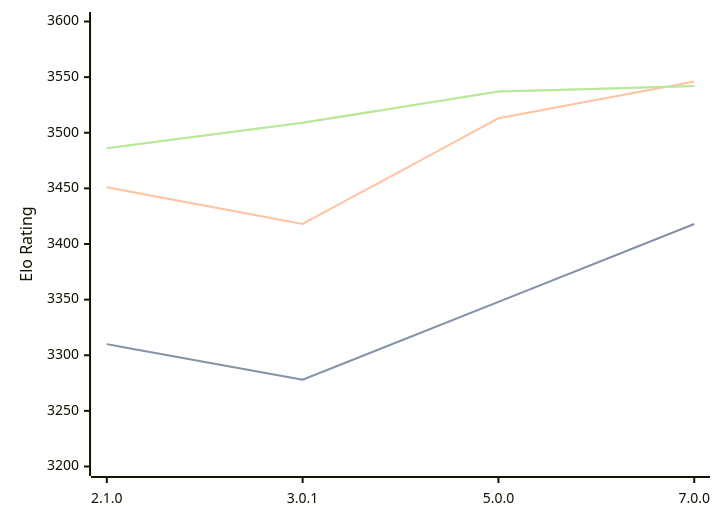
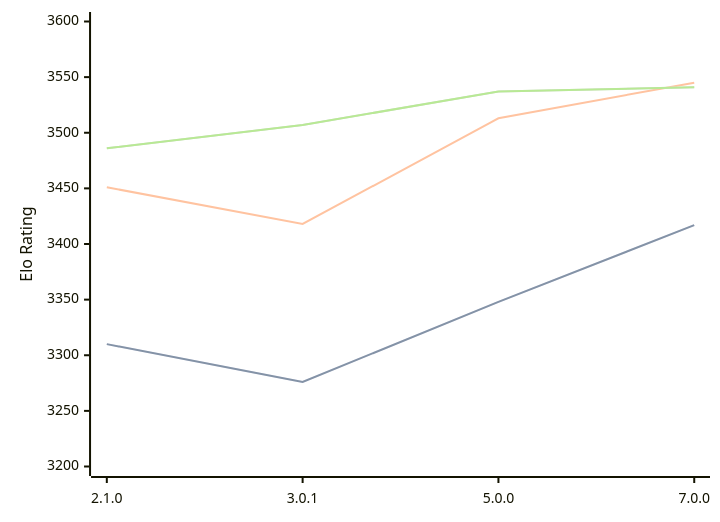
The diagram in engines/PlentyChess.md (computer-chess-index/cci), drawn with Mermaid before and after one commit. The commit also changed other lines of this file, not shown here.

Commit message:
Update CCI Ratings (ELO VLTC) - 2026-06-10

````diff
--- a/engines/PlentyChess.md
+++ b/engines/PlentyChess.md
@@ -45,11 +45,11 @@
 ```mermaid
 %%{init: {"theme":"base","themeVariables":{"seriesColors:['#a3a3a3','#222221','#faa371']}}}%%
 xychart-beta
   x-axis ["2.1.0", "3.0.1", "5.0.0", "7.0.0"]
   y-axis "Elo Rating" 3200 --> 3600
-  line "STC (8.0+0.08s)" [3310, 3278, 3348, 3418]
-  line "STC (8.0+0.08s)" [3310, 3278, 3348, 3418]
-  line "LTC (60.0+0.60s)" [3451, 3418, 3513, 3546]
-  line "VLTC (2m24s+1.12s)" [3486, 3509, 3537, 3542]
-  line "VLTC (2m24s+1.12s)" [3486, 3509, 3537, 3542]
+  line "STC (8.0+0.08s)" [3310, 3276, 3348, 3417]
+  line "STC (8.0+0.08s)" [3310, 3276, 3348, 3417]
+  line "LTC (60.0+0.60s)" [3451, 3418, 3513, 3545]
+  line "VLTC (2m24s+1.12s)" [3486, 3507, 3537, 3541]
+  line "VLTC (2m24s+1.12s)" [3486, 3507, 3537, 3541]
 ```
````
